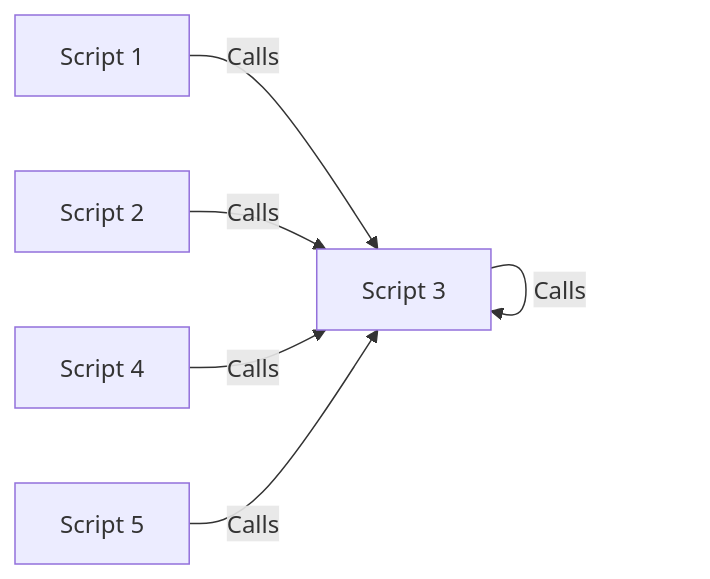
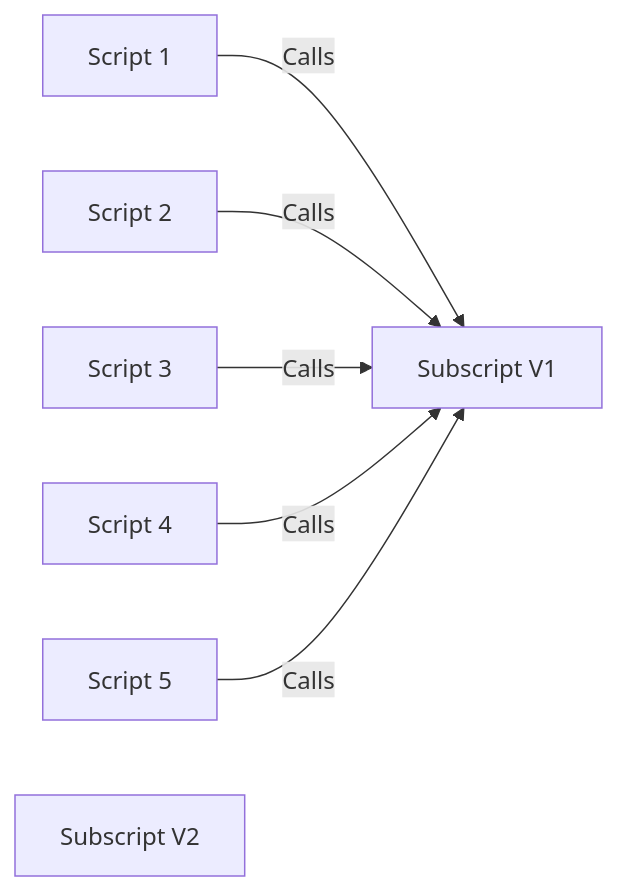
Before and after one commit to CloudChi/FX-Framework: the first of 2 diagrams in Versions_Updating.md, drawn with Mermaid.

````diff
--- a/Versions_Updating.md
+++ b/Versions_Updating.md
@@ -12,8 +12,9 @@
 ```mermaid
 graph LR
-    A[Script 1] -- Calls --> C[Subscript Set Fields] 
-    B[Script 2] -- Calls --> C
-    C[Script 3] -- Calls --> C
-    D[Script 4] -- Calls --> C
-    E[Script 5] -- Calls --> C
+    A[Script 1] -- Calls --> F[Subscript V1] 
+    B[Script 2] -- Calls --> F
+    C[Script 3] -- Calls --> F
+    D[Script 4] -- Calls --> F
+    E[Script 5] -- Calls --> F
+    G[Subscript V2]
 ```
````
